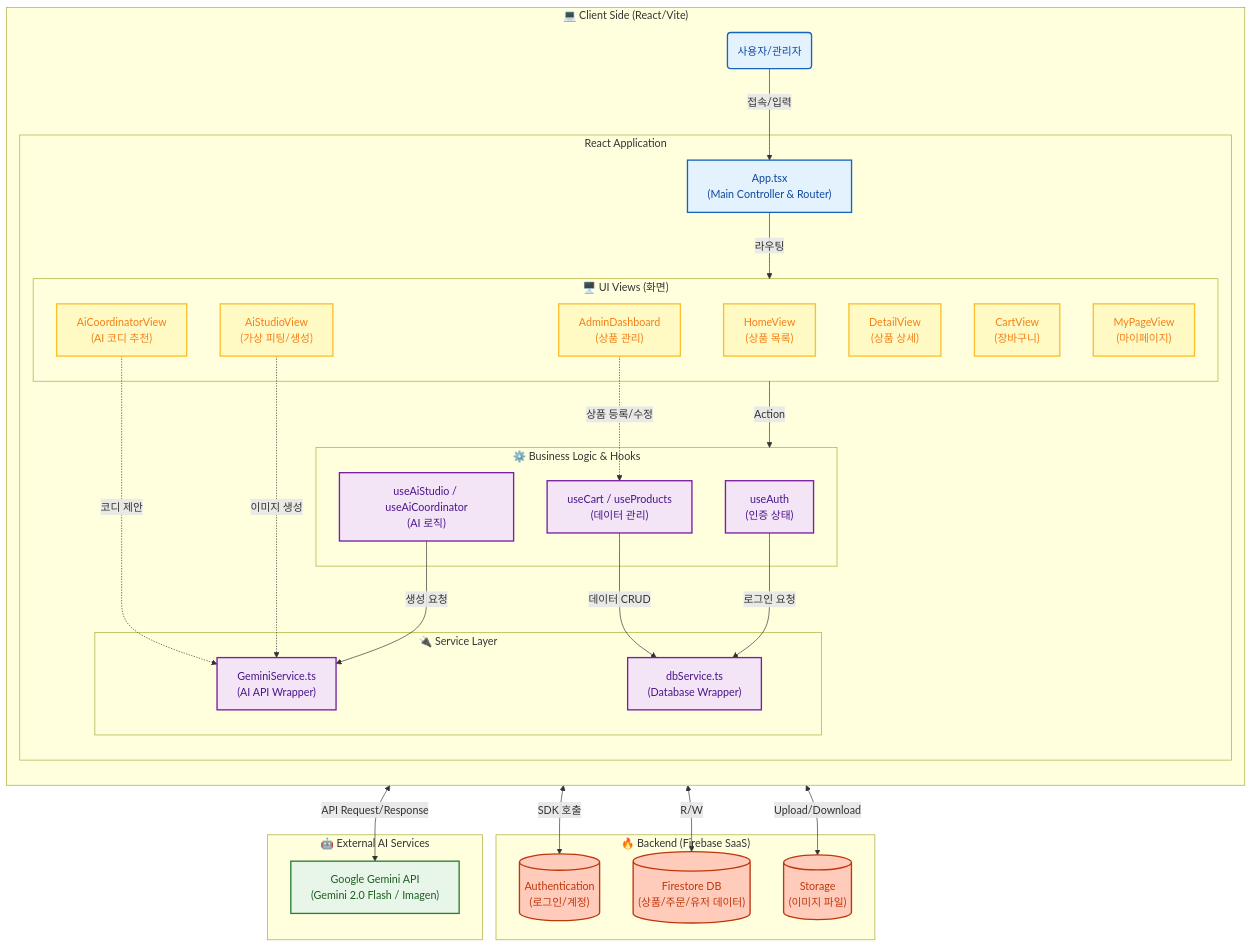
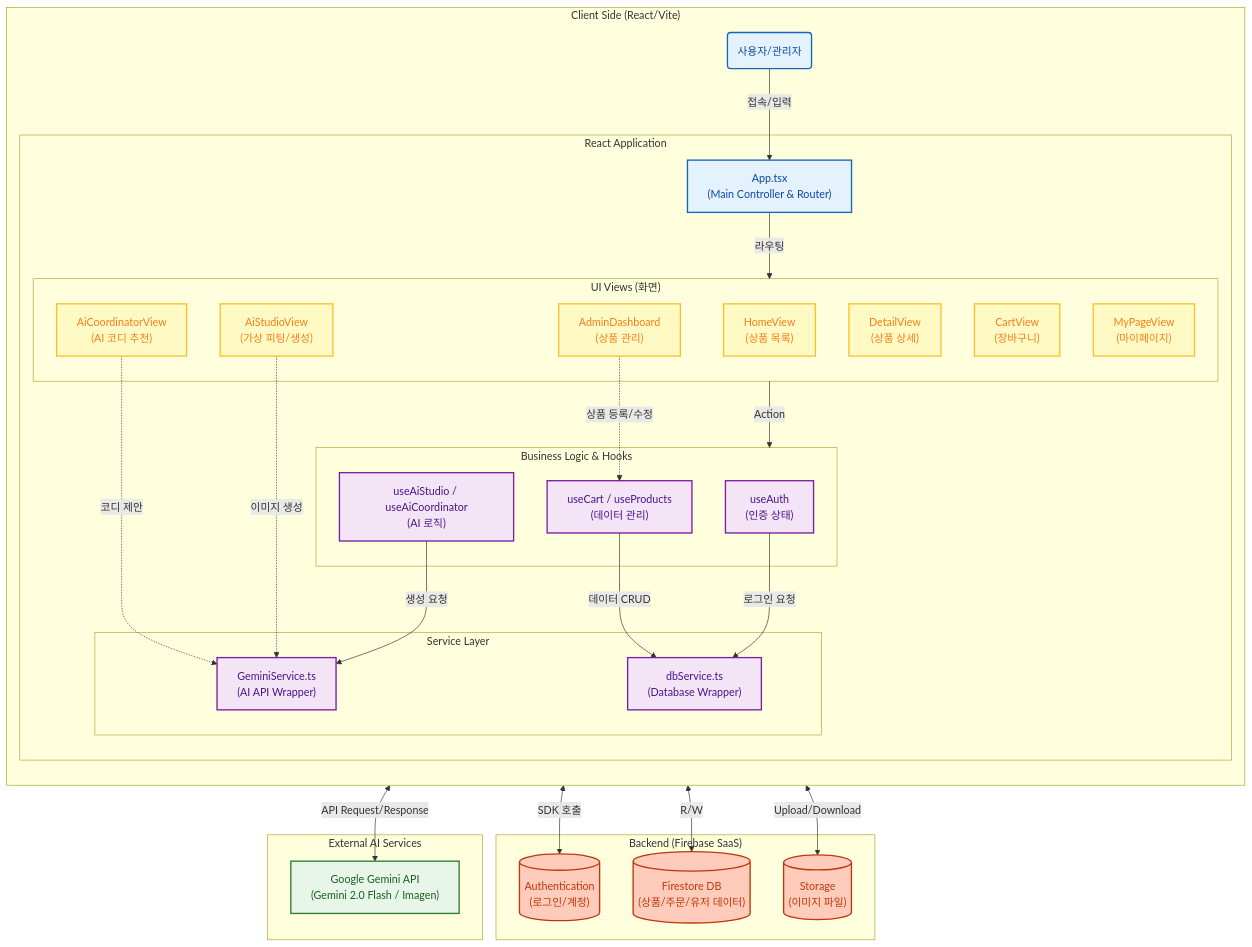
One commit to ABE0402/shopping-app changed the diagram in README.md. Above: the diagram before and after it, drawn with Mermaid.

````diff
--- a/README.md
+++ b/README.md
@@ -98,78 +98,78 @@
 ```mermaid
 graph TD
     %% 스타일 정의 (색상 테마: Blue & Orange)
     classDef client fill:#e3f2fd,stroke:#1565c0,stroke-width:2px,color:#0d47a1;
     classDef view fill:#fff9c4,stroke:#fbc02d,stroke-width:2px,color:#f57f17;
     classDef service fill:#f3e5f5,stroke:#7b1fa2,stroke-width:2px,color:#4a148c;
     classDef firebase fill:#ffccbc,stroke:#bf360c,stroke-width:2px,color:#bf360c;
     classDef external fill:#e8f5e9,stroke:#2e7d32,stroke-width:2px,color:#1b5e20;
 
     %% 1. Client 영역
-    subgraph Client ["💻 Client Side (React/Vite)"]
+    subgraph Client ["Client Side (React/Vite)"]
         direction TB
         User(사용자/관리자):::client
         
         subgraph Frontend ["React Application"]
             App["App.tsx<br/>(Main Controller & Router)"]:::client
             
-            subgraph Views ["🖥️ UI Views (화면)"]
+            subgraph Views ["UI Views (화면)"]
                 Home["HomeView<br/>(상품 목록)"]:::view
                 Detail["DetailView<br/>(상품 상세)"]:::view
                 Cart["CartView<br/>(장바구니)"]:::view
                 MyPage["MyPageView<br/>(마이페이지)"]:::view
                 AiStudio["AiStudioView<br/>(가상 피팅/생성)"]:::view
                 AiCoord["AiCoordinatorView<br/>(AI 코디 추천)"]:::view
                 Admin["AdminDashboard<br/>(상품 관리)"]:::view
             end
             
-            subgraph Logic ["⚙️ Business Logic & Hooks"]
+            subgraph Logic ["Business Logic & Hooks"]
                 AuthState["useAuth<br/>(인증 상태)"]:::service
                 DataState["useCart / useProducts<br/>(데이터 관리)"]:::service
                 AiHooks["useAiStudio / useAiCoordinator<br/>(AI 로직)"]:::service
             end
 
-            subgraph Services ["🔌 Service Layer"]
+            subgraph Services ["Service Layer"]
                 GeminiService["GeminiService.ts<br/>(AI API Wrapper)"]:::service
                 DBService["dbService.ts<br/>(Database Wrapper)"]:::service
             end
         end
     end
 
     %% 2. Backend 영역 (Firebase)
-    subgraph Firebase ["🔥 Backend (Firebase SaaS)"]
+    subgraph Firebase ["Backend (Firebase SaaS)"]
         FB_Auth[("Authentication<br/>(로그인/계정)")]:::firebase
         FB_DB[("Firestore DB<br/>(상품/주문/유저 데이터)")]:::firebase
         FB_Storage[("Storage<br/>(이미지 파일)")]:::firebase
     end
 
     %% 3. External 영역 (AI)
-    subgraph External ["🤖 External AI Services"]
+    subgraph External ["External AI Services"]
         GoogleAI["Google Gemini API<br/>(Gemini 2.0 Flash / Imagen)"]:::external
     end
 
     %% -- 관계 연결 (Flow) --
     
     %% 사용자 인터랙션
     User -->|접속/입력| App
     App -->|라우팅| Views
     
     %% 뷰와 로직 연결
     Views -->|Action| Logic
     
     %% 로직과 서비스 연결
     AuthState -->|로그인 요청| DBService
     DataState -->|데이터 CRUD| DBService
     AiHooks -->|생성 요청| GeminiService
     
     %% 서비스와 외부 리소스 연결
     DBService <-->|SDK 호출| FB_Auth
     DBService <-->|R/W| FB_DB
     DBService <-->|Upload/Download| FB_Storage
     
     GeminiService <-->|API Request/Response| GoogleAI
     
     %% 주요 기능 하이라이트
     AiStudio -.->|이미지 생성| GeminiService
     AiCoord -.->|코디 제안| GeminiService
     Admin -.->|상품 등록/수정| DataState
 ```
````
